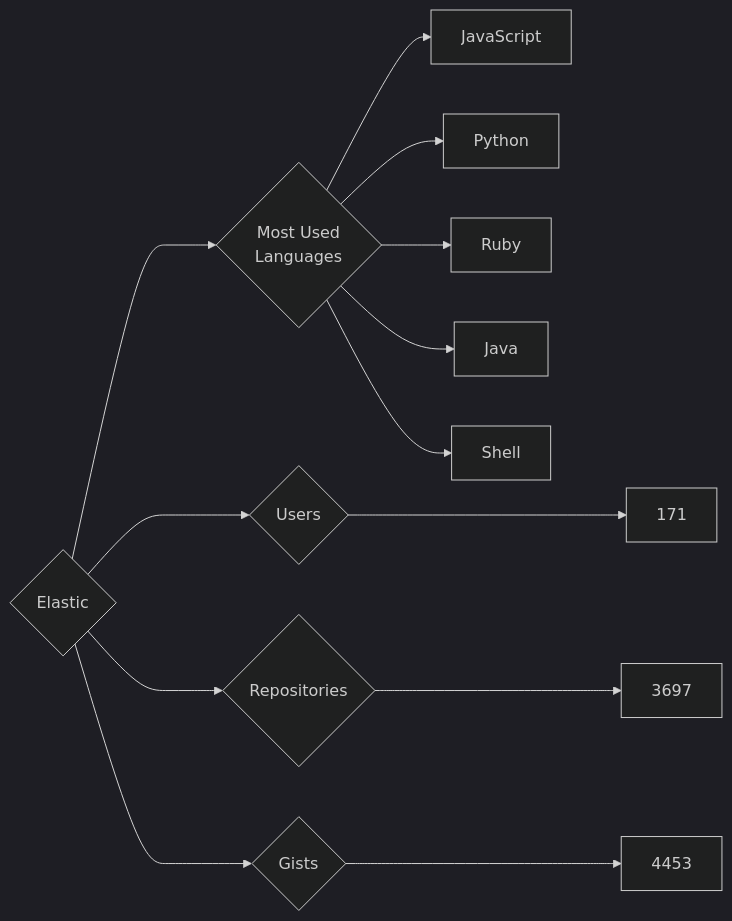
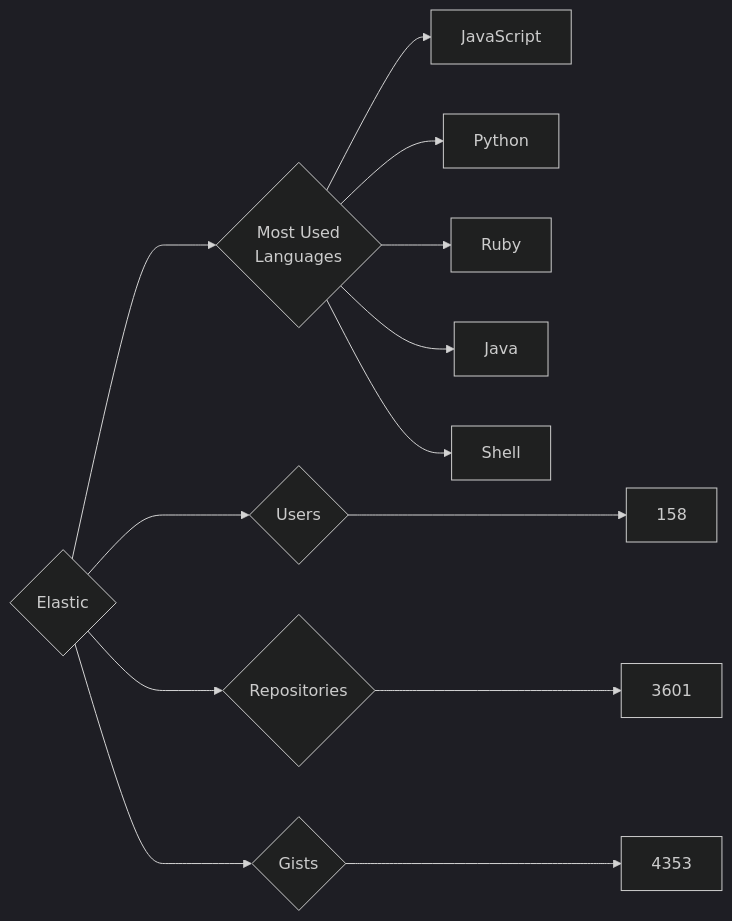
Before and after one commit to trickest/insiders: the diagram in targets/Elastic/README.md, drawn with Mermaid (dark theme). The commit also changed 870 other files, not shown here.

````diff
--- a/targets/Elastic/README.md
+++ b/targets/Elastic/README.md
@@ -3,13 +3,13 @@
 ```mermaid
 graph LR
 COMPANY_NAME{Elastic}
-COMPANY_NAME ---> U{Users} ---> UN[171]
-COMPANY_NAME ---> R{Repositories} ---> RN[3697]
-COMPANY_NAME ---> G{Gists} ---> GN[4453]
+COMPANY_NAME ---> U{Users} ---> UN[158]
+COMPANY_NAME ---> R{Repositories} ---> RN[3601]
+COMPANY_NAME ---> G{Gists} ---> GN[4353]
 COMPANY_NAME ---> ML{Most Used<br>Languages}
 ML --> JavaScript[JavaScript]
 ML --> Python[Python]
 ML --> Ruby[Ruby]
 ML --> Java[Java]
 ML --> Shell[Shell]
 ```
````
